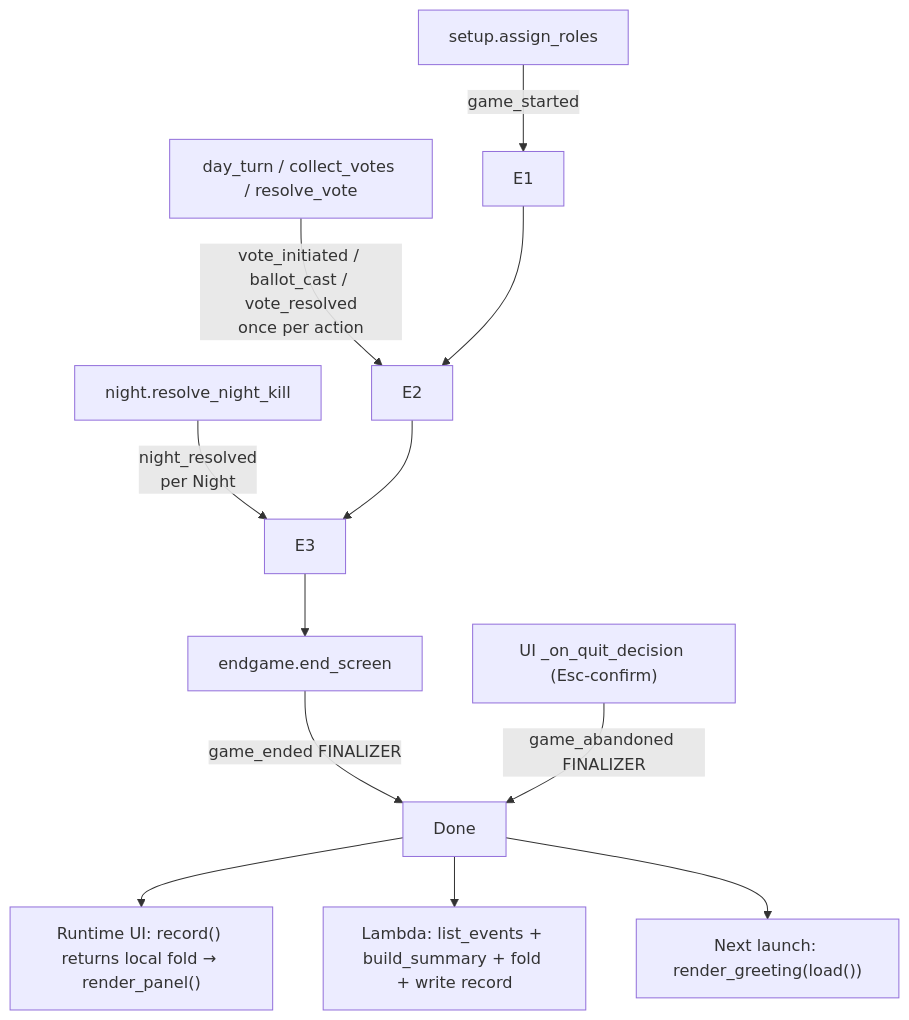
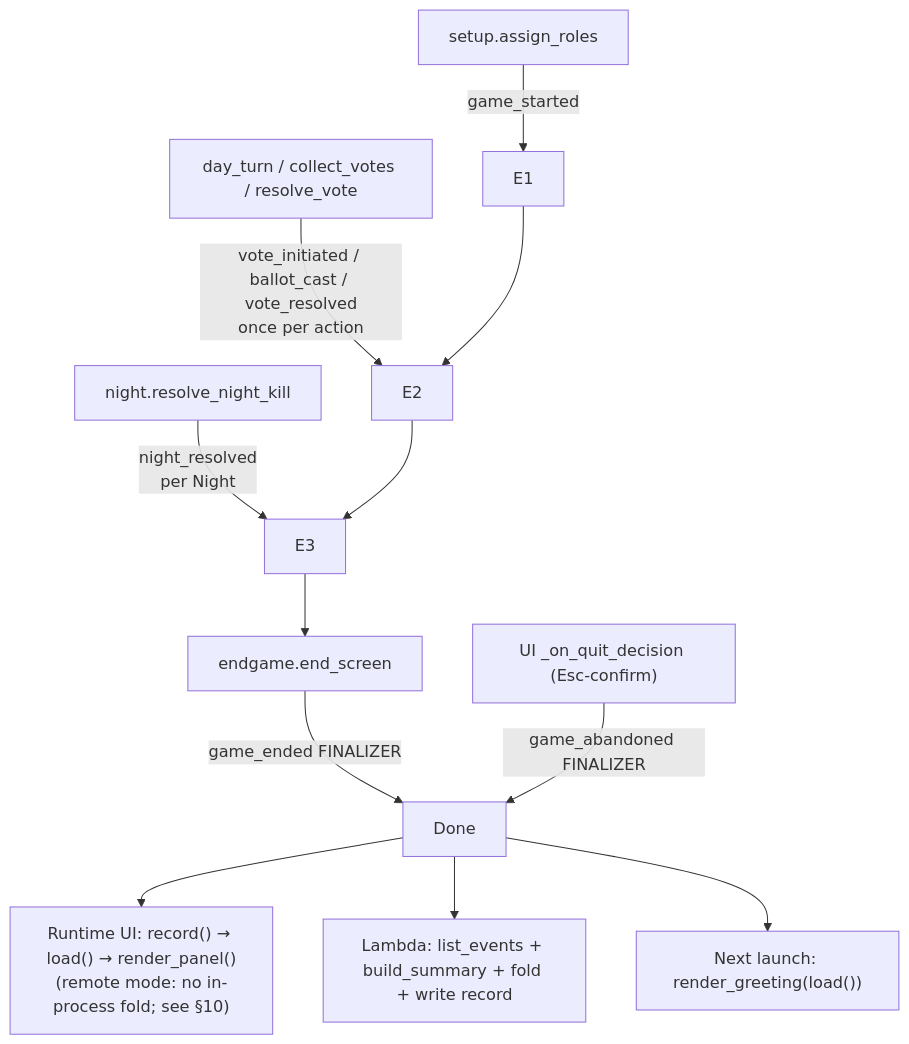
The fifth of 6 diagrams in context/spec/006-cross-game-career-stats/architecture.md (tigra/graphia), drawn with Mermaid before and after one commit. The commit also changed other lines of this file, not shown here.

````diff
--- a/context/spec/006-cross-game-career-stats/architecture.md
+++ b/context/spec/006-cross-game-career-stats/architecture.md
@@ -216,14 +217,14 @@
 ```mermaid
 flowchart TB
     Setup["setup.assign_roles"] -->|game_started| E1
     Day["day_turn / collect_votes / resolve_vote"] -->|vote_initiated / ballot_cast / vote_resolved<br/>once per action| E2
     Night["night.resolve_night_kill"] -->|night_resolved<br/>per Night| E3
     End["endgame.end_screen"] -->|game_ended FINALIZER| Done
     Esc["UI _on_quit_decision (Esc-confirm)"] -->|game_abandoned FINALIZER| Done
 
     E1 --> E2 --> E3 --> End
 
-    Done --> Panel["Runtime UI: record() returns local fold → render_panel()"]
+    Done --> Panel["Runtime UI: record() → load() → render_panel()<br/>(remote mode: no in-process fold; see §10)"]
     Done --> Lambda["Lambda: list_events + build_summary + fold + write record"]
     Done --> Next["Next launch: render_greeting(load())"]
 ```
````
